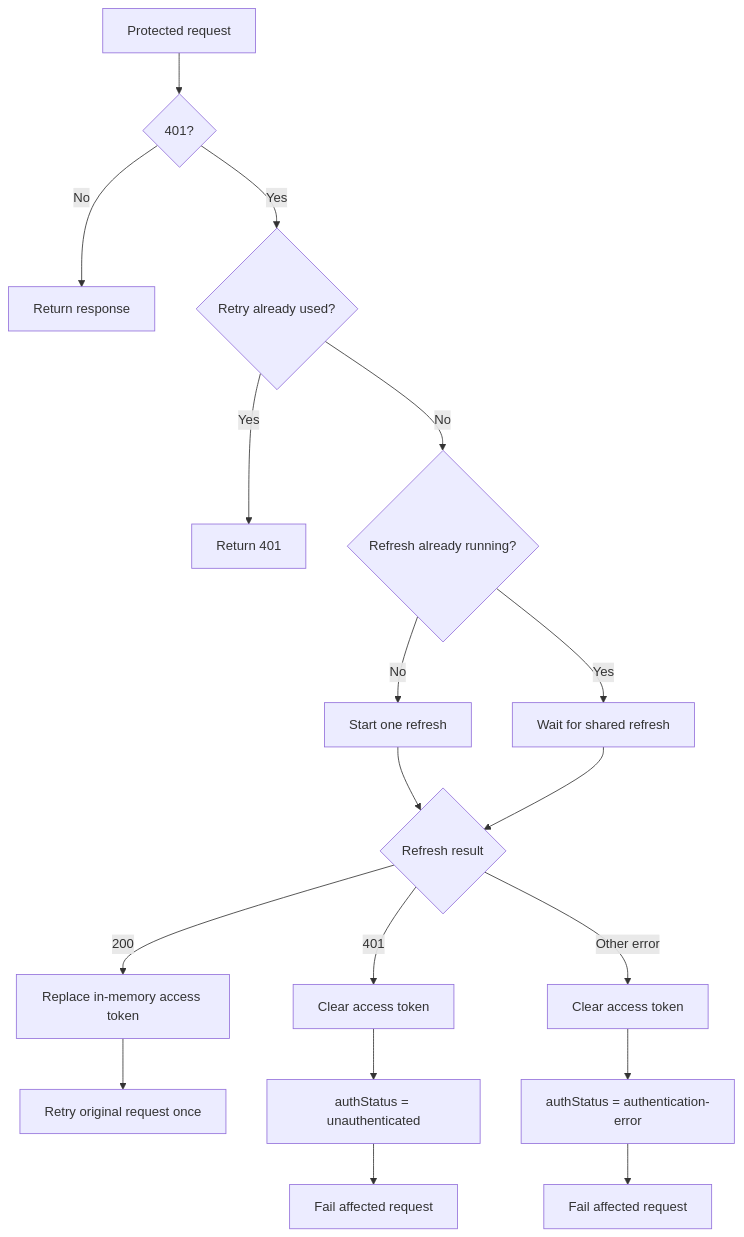
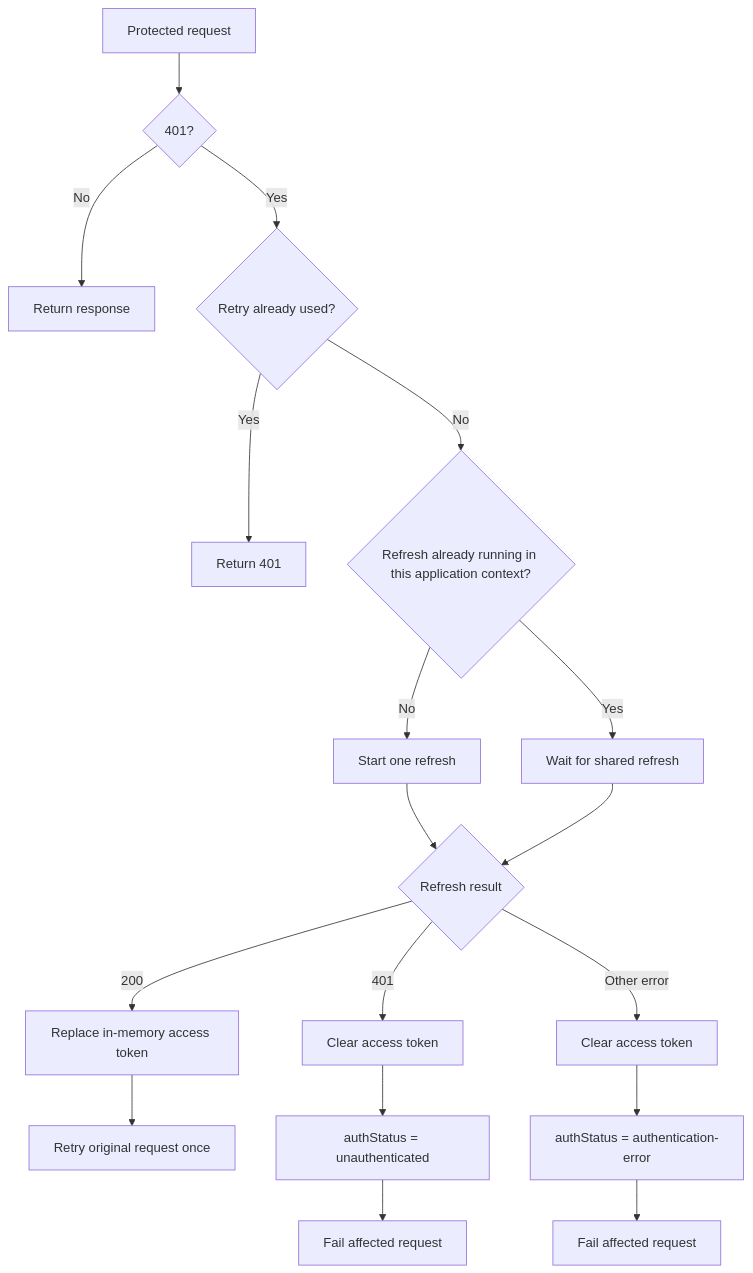
The third of 4 diagrams in docs/design/frontend/login.md (0n6k4v-Coder/digital-publication-book-library), drawn with Mermaid before and after one commit. The commit also changed other lines of this file, not shown here.

````diff
--- a/docs/design/frontend/login.md
+++ b/docs/design/frontend/login.md
@@ -242,23 +243,24 @@
 ```mermaid
 flowchart TD
     A["Protected request"] --> B{401?}
     B -->|No| C["Return response"]
     B -->|Yes| D{"Retry already used?"}
     D -->|Yes| E["Return 401"]
-    D -->|No| F{"Refresh already running?"}
+    D -->|No| F{"Refresh already running in this application context?"}
     F -->|Yes| G["Wait for shared refresh"]
     F -->|No| H["Start one refresh"]
+
     H --> I{Refresh result}
     G --> I
 
     I -->|200| J["Replace in-memory access token"]
     J --> K["Retry original request once"]
 
     I -->|401| L["Clear access token"]
     L --> M["authStatus = unauthenticated"]
     M --> N["Fail affected request"]
 
     I -->|Other error| O["Clear access token"]
     O --> P["authStatus = authentication-error"]
     P --> Q["Fail affected request"]
 ```
````
